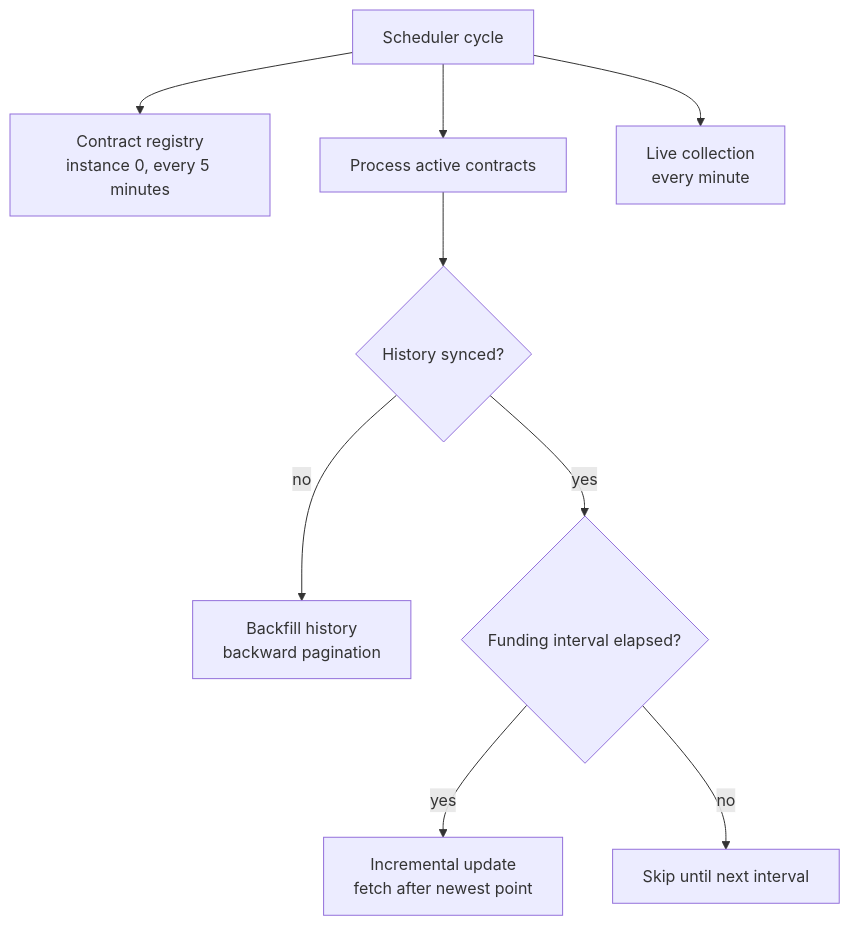
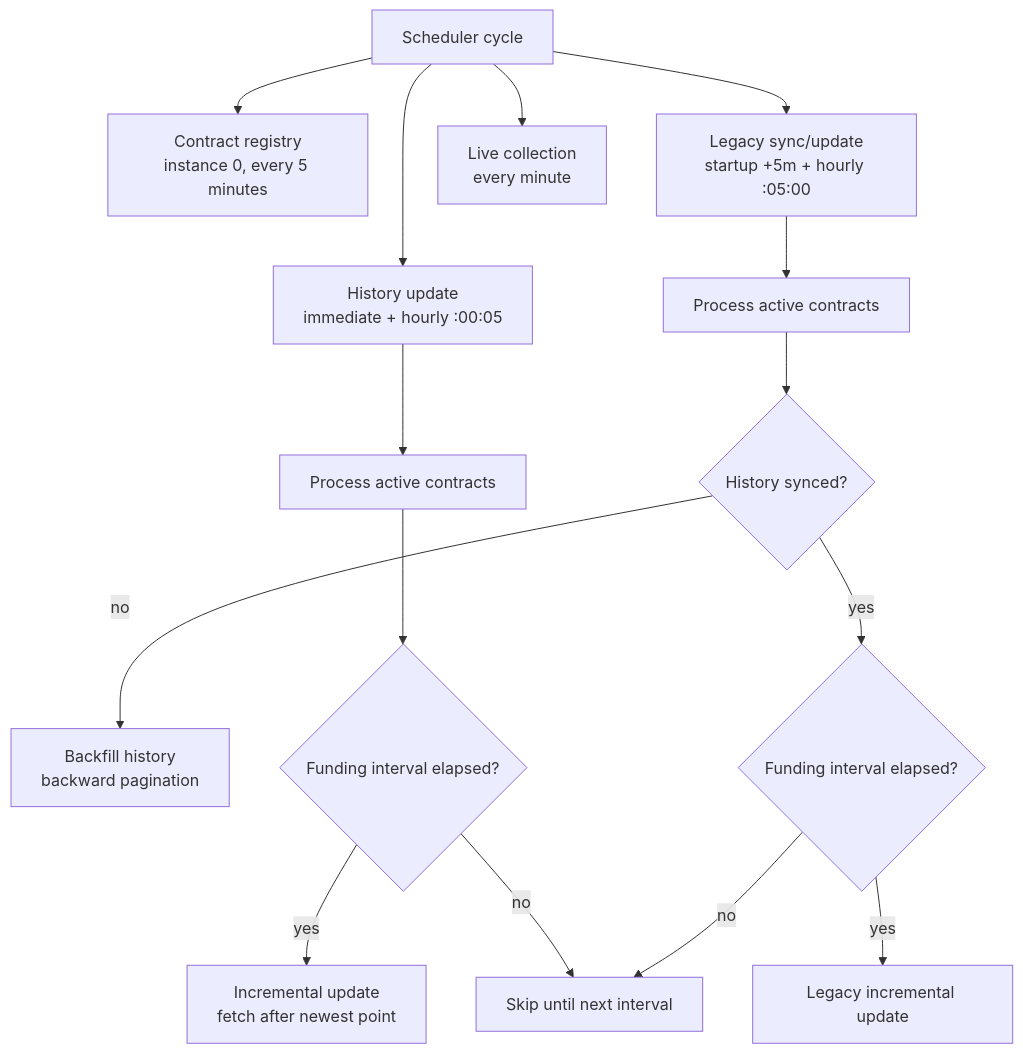
The diagram in fundingpulse/tracker/README.md (NikitaPirate/fundingpulse), drawn with Mermaid before and after one commit. The commit also changed other lines of this file and 10 other files, not shown here.

````diff
--- a/fundingpulse/tracker/README.md
+++ b/fundingpulse/tracker/README.md
@@ -14,20 +14,28 @@
 ```mermaid
 flowchart TD
     Start["Scheduler cycle"]
     Registry["Contract registry<br/>instance 0, every 5 minutes"]
-    ForEach["Process active contracts"]
+    HistoryUpdate["History update<br/>immediate + hourly :00:05"]
+    LegacyUpdate["Legacy sync/update<br/>startup +5m + hourly :05:00"]
+    ForEachUpdate["Process active contracts"]
+    ForEachLegacy["Process active contracts"]
     State{"History synced?"}
     Sync["Backfill history<br/>backward pagination"]
     UpdateGate{"Funding interval elapsed?"}
     Update["Incremental update<br/>fetch after newest point"]
+    LegacyUpdateGate{"Funding interval elapsed?"}
+    LegacyIncremental["Legacy incremental update"]
     Skip["Skip until next interval"]
     Live["Live collection<br/>every minute"]
 
     Start --> Registry
-    Start --> ForEach --> State
-    State -- "no" --> Sync
-    State -- "yes" --> UpdateGate
+    Start --> HistoryUpdate --> ForEachUpdate --> UpdateGate
     UpdateGate -- "yes" --> Update
     UpdateGate -- "no" --> Skip
+    Start --> LegacyUpdate --> ForEachLegacy --> State
+    State -- "no" --> Sync
+    State -- "yes" --> LegacyUpdateGate
+    LegacyUpdateGate -- "yes" --> LegacyIncremental
+    LegacyUpdateGate -- "no" --> Skip
     Start --> Live
 ```
````
